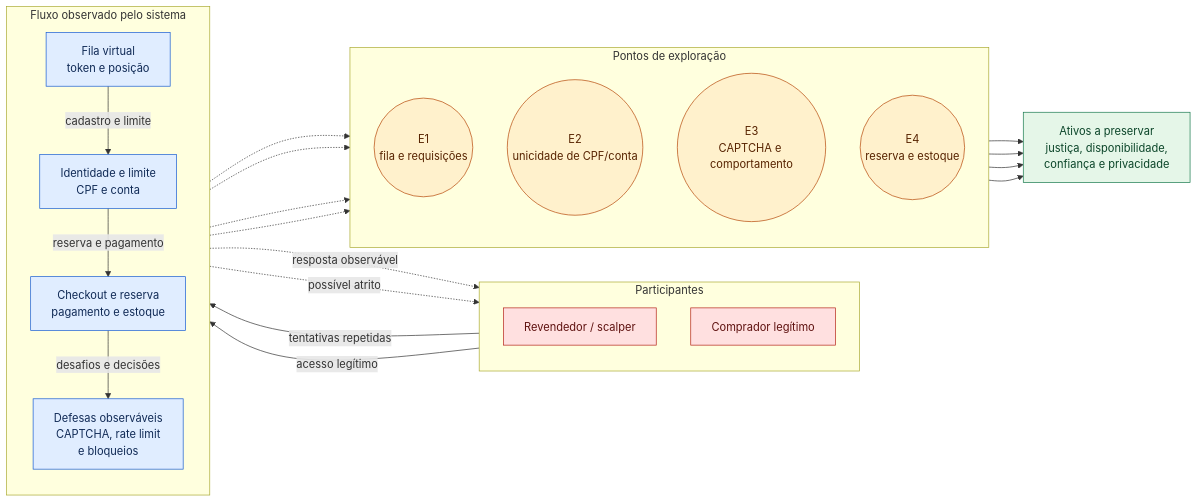
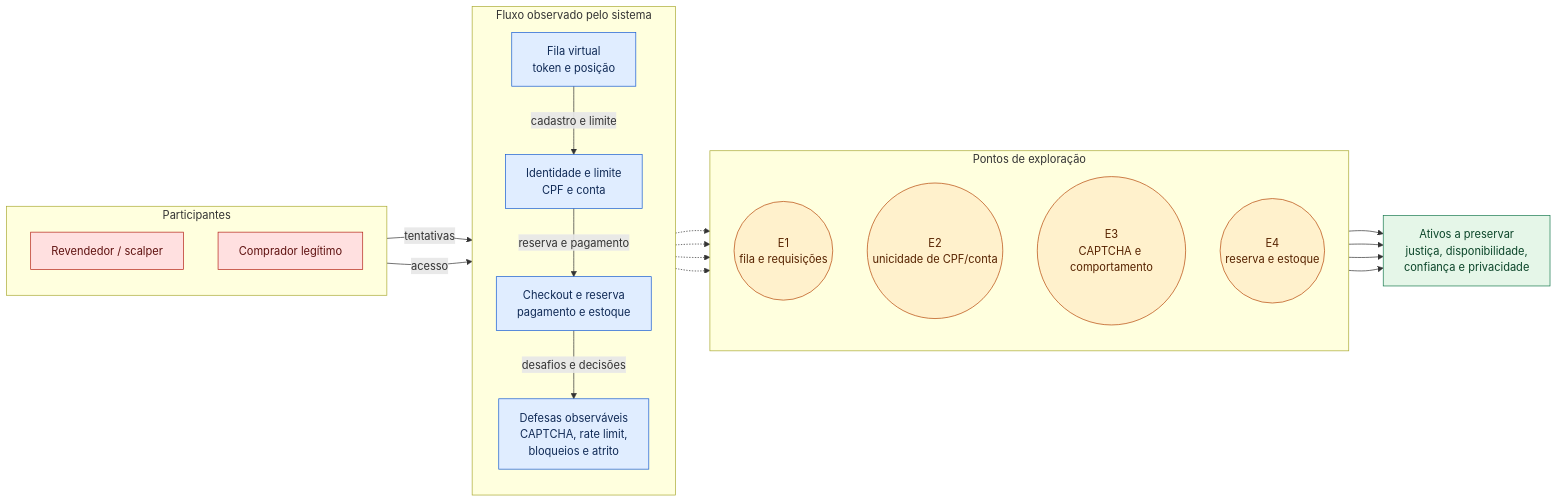
Before and after one commit to felipehscherer/trabalho-engenharia-adversarial: the diagram in diagramas/superficie-de-ataque.mmd, drawn with Mermaid. The commit also changed 1 other file, not shown here.

```diff
--- a/diagramas/superficie-de-ataque.mmd
+++ b/diagramas/superficie-de-ataque.mmd
@@ -1,52 +1,50 @@
 flowchart LR
     subgraph atores["Participantes"]
         direction TB
         S["Revendedor / scalper"]
         C["Comprador legítimo"]
     end
 
     subgraph fluxo["Fluxo observado pelo sistema"]
         direction TB
         F["Fila virtual<br/>token e posição"]
         I["Identidade e limite<br/>CPF e conta"]
         K["Checkout e reserva<br/>pagamento e estoque"]
-        D["Defesas observáveis<br/>CAPTCHA, rate limit<br/>e bloqueios"]
+        D["Defesas observáveis<br/>CAPTCHA, rate limit,<br/>bloqueios e atrito"]
         F -->|cadastro e limite| I
         I -->|reserva e pagamento| K
         K -->|desafios e decisões| D
     end
 
     subgraph pontos["Pontos de exploração"]
         direction TB
         E1(("E1<br/>fila e requisições"))
         E2(("E2<br/>unicidade de CPF/conta"))
         E3(("E3<br/>CAPTCHA e comportamento"))
         E4(("E4<br/>reserva e estoque"))
     end
 
     A["Ativos a preservar<br/>justiça, disponibilidade,<br/>confiança e privacidade"]
 
-    S -->|tentativas repetidas| F
-    C -->|acesso legítimo| F
-    D -.->|resposta observável| S
-    D -.->|possível atrito| C
+    S -->|tentativas| F
+    C -->|acesso| F
 
     F -.-> E1
     I -.-> E2
     K -.-> E4
     D -.-> E3
 
     E1 --> A
     E2 --> A
     E4 --> A
     E3 --> A
 
     classDef actor fill:#ffe0e0,stroke:#b42318,color:#5f1210
     classDef interface fill:#e0edff,stroke:#175cd3,color:#102a56
     classDef exploit fill:#fff1cc,stroke:#b54708,color:#572300
     classDef asset fill:#e5f6e8,stroke:#18794e,color:#0b4529
 
     class S,C actor
     class F,I,K,D interface
     class E1,E2,E3,E4 exploit
     class A asset
```
